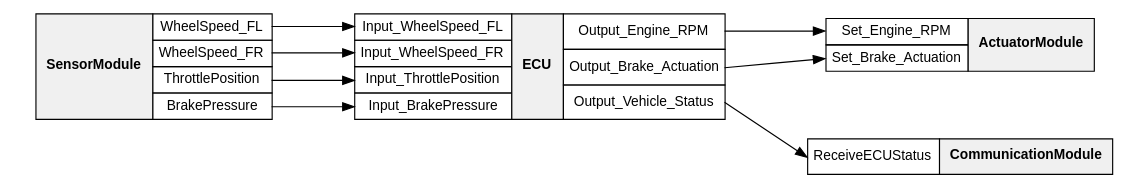
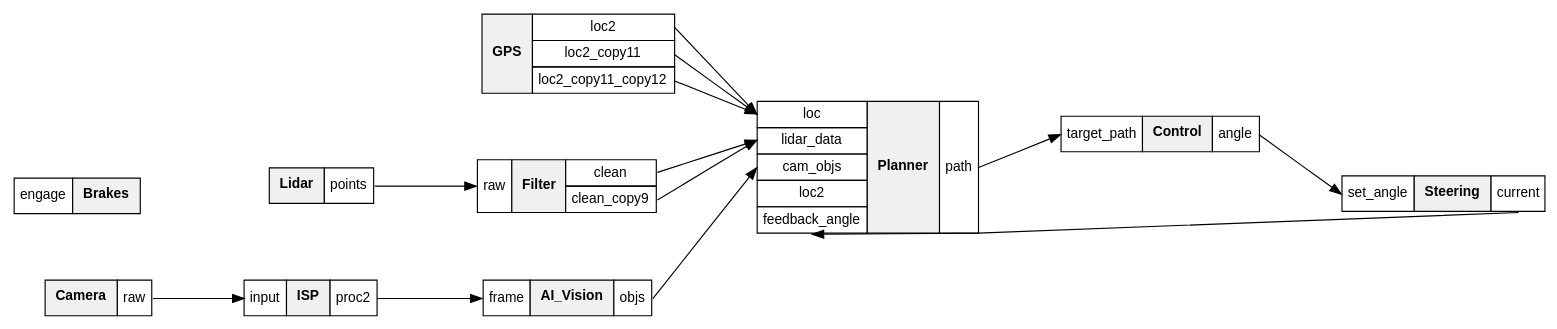
Before and after one commit to liliangxiao/links: the diagram in src/graph.dot, drawn with Graphviz. The commit also changed 3 other files, not shown here.

```diff
--- a/src/graph.dot
+++ b/src/graph.dot
@@ -6,65 +6,183 @@
   node [shape=plain, fontname="Arial", fontsize=12];
   edge [fontname="Arial", fontsize=10];
 
-  SensorModule [label=<
+  Camera [label=<
    <table border="0" cellborder="0" cellspacing="0" cellpadding="0">
     <tr>
       <td>
       </td>
       <td>
         <table border="1" cellborder="0" cellspacing="0" cellpadding="8" bgcolor="#f0f0f0">
-          <tr><td><b>SensorModule</b></td></tr>
+          <tr><td><b>Camera</b></td></tr>
         </table>
       </td>
       <td>
         <table border="0" cellborder="1" cellspacing="0" cellpadding="4" bgcolor="#ffffff">
-          <tr><td port="WheelSpeed_FL">WheelSpeed_FL</td></tr>
-          <tr><td port="WheelSpeed_FR">WheelSpeed_FR</td></tr>
-          <tr><td port="ThrottlePosition">ThrottlePosition</td></tr>
-          <tr><td port="BrakePressure">BrakePressure</td></tr>
+          <tr><td port="raw">raw</td></tr>
         </table>
       </td>
     </tr>
    </table>>];
 
-  ECU [label=<
+  ISP [label=<
    <table border="0" cellborder="0" cellspacing="0" cellpadding="0">
     <tr>
       <td>
         <table border="0" cellborder="1" cellspacing="0" cellpadding="4" bgcolor="#ffffff">
-          <tr><td port="Input_WheelSpeed_FL">Input_WheelSpeed_FL</td></tr>
-          <tr><td port="Input_WheelSpeed_FR">Input_WheelSpeed_FR</td></tr>
-          <tr><td port="Input_ThrottlePosition">Input_ThrottlePosition</td></tr>
-          <tr><td port="Input_BrakePressure">Input_BrakePressure</td></tr>
+          <tr><td port="input">input</td></tr>
         </table>
       </td>
       <td>
         <table border="1" cellborder="0" cellspacing="0" cellpadding="8" bgcolor="#f0f0f0">
-          <tr><td><b>ECU</b></td></tr>
+          <tr><td><b>ISP</b></td></tr>
         </table>
       </td>
       <td>
         <table border="0" cellborder="1" cellspacing="0" cellpadding="4" bgcolor="#ffffff">
-          <tr><td port="Output_Engine_RPM">Output_Engine_RPM</td></tr>
-          <tr><td port="Output_Brake_Actuation">Output_Brake_Actuation</td></tr>
-          <tr><td port="Output_Vehicle_Status">Output_Vehicle_Status</td></tr>
+          <tr><td port="proc2">proc2</td></tr>
         </table>
       </td>
     </tr>
    </table>>];
 
-  ActuatorModule [label=<
+  Lidar [label=<
+   <table border="0" cellborder="0" cellspacing="0" cellpadding="0">
+    <tr>
+      <td>
+      </td>
+      <td>
+        <table border="1" cellborder="0" cellspacing="0" cellpadding="8" bgcolor="#f0f0f0">
+          <tr><td><b>Lidar</b></td></tr>
+        </table>
+      </td>
+      <td>
+        <table border="0" cellborder="1" cellspacing="0" cellpadding="4" bgcolor="#ffffff">
+          <tr><td port="points">points</td></tr>
+        </table>
+      </td>
+    </tr>
+   </table>>];
+
+  Filter [label=<
    <table border="0" cellborder="0" cellspacing="0" cellpadding="0">
     <tr>
       <td>
         <table border="0" cellborder="1" cellspacing="0" cellpadding="4" bgcolor="#ffffff">
-          <tr><td port="Set_Engine_RPM">Set_Engine_RPM</td></tr>
-          <tr><td port="Set_Brake_Actuation">Set_Brake_Actuation</td></tr>
+          <tr><td port="raw">raw</td></tr>
         </table>
       </td>
       <td>
         <table border="1" cellborder="0" cellspacing="0" cellpadding="8" bgcolor="#f0f0f0">
-          <tr><td><b>ActuatorModule</b></td></tr>
+          <tr><td><b>Filter</b></td></tr>
+        </table>
+      </td>
+      <td>
+        <table border="0" cellborder="1" cellspacing="0" cellpadding="4" bgcolor="#ffffff">
+          <tr><td port="clean">clean</td></tr>
+          <tr><td port="clean_copy9">clean_copy9</td></tr>
+        </table>
+      </td>
+    </tr>
+   </table>>];
+
+  GPS [label=<
+   <table border="0" cellborder="0" cellspacing="0" cellpadding="0">
+    <tr>
+      <td>
+      </td>
+      <td>
+        <table border="1" cellborder="0" cellspacing="0" cellpadding="8" bgcolor="#f0f0f0">
+          <tr><td><b>GPS</b></td></tr>
+        </table>
+      </td>
+      <td>
+        <table border="0" cellborder="1" cellspacing="0" cellpadding="4" bgcolor="#ffffff">
+          <tr><td port="loc2">loc2</td></tr>
+          <tr><td port="loc2_copy11">loc2_copy11</td></tr>
+          <tr><td port="loc2_copy11_copy12">loc2_copy11_copy12</td></tr>
+        </table>
+      </td>
+    </tr>
+   </table>>];
+
+  Planner [label=<
+   <table border="0" cellborder="0" cellspacing="0" cellpadding="0">
+    <tr>
+      <td>
+        <table border="0" cellborder="1" cellspacing="0" cellpadding="4" bgcolor="#ffffff">
+          <tr><td port="loc">loc</td></tr>
+          <tr><td port="lidar_data">lidar_data</td></tr>
+          <tr><td port="cam_objs">cam_objs</td></tr>
+          <tr><td port="loc2">loc2</td></tr>
+          <tr><td port="feedback_angle">feedback_angle</td></tr>
+        </table>
+      </td>
+      <td>
+        <table border="1" cellborder="0" cellspacing="0" cellpadding="8" bgcolor="#f0f0f0">
+          <tr><td><b>Planner</b></td></tr>
+        </table>
+      </td>
+      <td>
+        <table border="0" cellborder="1" cellspacing="0" cellpadding="4" bgcolor="#ffffff">
+          <tr><td port="path">path</td></tr>
+        </table>
+      </td>
+    </tr>
+   </table>>];
+
+  AI_Vision [label=<
+   <table border="0" cellborder="0" cellspacing="0" cellpadding="0">
+    <tr>
+      <td>
+        <table border="0" cellborder="1" cellspacing="0" cellpadding="4" bgcolor="#ffffff">
+          <tr><td port="frame">frame</td></tr>
+        </table>
+      </td>
+      <td>
+        <table border="1" cellborder="0" cellspacing="0" cellpadding="8" bgcolor="#f0f0f0">
+          <tr><td><b>AI_Vision</b></td></tr>
+        </table>
+      </td>
+      <td>
+        <table border="0" cellborder="1" cellspacing="0" cellpadding="4" bgcolor="#ffffff">
+          <tr><td port="objs">objs</td></tr>
+        </table>
+      </td>
+    </tr>
+   </table>>];
+
+  Control [label=<
+   <table border="0" cellborder="0" cellspacing="0" cellpadding="0">
+    <tr>
+      <td>
+        <table border="0" cellborder="1" cellspacing="0" cellpadding="4" bgcolor="#ffffff">
+          <tr><td port="target_path">target_path</td></tr>
+        </table>
+      </td>
+      <td>
+        <table border="1" cellborder="0" cellspacing="0" cellpadding="8" bgcolor="#f0f0f0">
+          <tr><td><b>Control</b></td></tr>
+        </table>
+      </td>
+      <td>
+        <table border="0" cellborder="1" cellspacing="0" cellpadding="4" bgcolor="#ffffff">
+          <tr><td port="angle">angle</td></tr>
+        </table>
+      </td>
+    </tr>
+   </table>>];
+
+  Brakes [label=<
+   <table border="0" cellborder="0" cellspacing="0" cellpadding="0">
+    <tr>
+      <td>
+        <table border="0" cellborder="1" cellspacing="0" cellpadding="4" bgcolor="#ffffff">
+          <tr><td port="engage">engage</td></tr>
+        </table>
+      </td>
+      <td>
+        <table border="1" cellborder="0" cellspacing="0" cellpadding="8" bgcolor="#f0f0f0">
+          <tr><td><b>Brakes</b></td></tr>
         </table>
       </td>
       <td>
@@ -72,30 +190,38 @@
     </tr>
    </table>>];
 
-  CommunicationModule [label=<
+  Steering [label=<
    <table border="0" cellborder="0" cellspacing="0" cellpadding="0">
     <tr>
       <td>
         <table border="0" cellborder="1" cellspacing="0" cellpadding="4" bgcolor="#ffffff">
-          <tr><td port="ReceiveECUStatus">ReceiveECUStatus</td></tr>
+          <tr><td port="set_angle">set_angle</td></tr>
         </table>
       </td>
       <td>
         <table border="1" cellborder="0" cellspacing="0" cellpadding="8" bgcolor="#f0f0f0">
-          <tr><td><b>CommunicationModule</b></td></tr>
+          <tr><td><b>Steering</b></td></tr>
         </table>
       </td>
       <td>
+        <table border="0" cellborder="1" cellspacing="0" cellpadding="4" bgcolor="#ffffff">
+          <tr><td port="current">current</td></tr>
+        </table>
       </td>
     </tr>
    </table>>];
 
 
-  SensorModule:WheelSpeed_FL -> ECU:Input_WheelSpeed_FL;
-  SensorModule:WheelSpeed_FR -> ECU:Input_WheelSpeed_FR;
-  SensorModule:ThrottlePosition -> ECU:Input_ThrottlePosition;
-  SensorModule:BrakePressure -> ECU:Input_BrakePressure;
-  ECU:Output_Engine_RPM -> ActuatorModule:Set_Engine_RPM;
-  ECU:Output_Brake_Actuation -> ActuatorModule:Set_Brake_Actuation;
-  ECU:Output_Vehicle_Status -> CommunicationModule:ReceiveECUStatus;
+  Camera:raw -> ISP:input;
+  ISP:proc2 -> AI_Vision:frame;
+  Lidar:points -> Filter:raw;
+  Filter:clean -> Planner:lidar_data;
+  Filter:clean_copy9 -> Planner:lidar_data;
+  GPS:loc2 -> Planner:loc;
+  GPS:loc2_copy11 -> Planner:loc;
+  GPS:loc2_copy11_copy12 -> Planner:loc;
+  Planner:path -> Control:target_path;
+  AI_Vision:objs -> Planner:cam_objs;
+  Control:angle -> Steering:set_angle;
+  Steering:current -> Planner:feedback_angle;
 }
```
